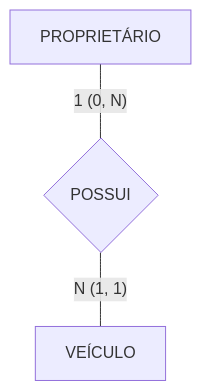
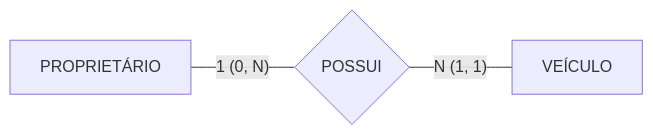
Before and after one commit to leorruas/puc: the seventh of 13 diagrams in 02. Modelagem de Dados/06. Modelagem de relacionamentos, cardinalidade e restrições de participação.md, drawn with Mermaid. The commit also changed other lines of this file and 6 other files, not shown here.

Commit message:
refactor: reformular estrategia visual de diagramas Mermaid e adicionar explorador interativo no app

````diff
--- a/02. Modelagem de Dados/06. Modelagem de relacionamentos, cardinalidade e restrições de participação.md
+++ b/02. Modelagem de Dados/06. Modelagem de relacionamentos, cardinalidade e restrições de participação.md
@@ -131,5 +131,5 @@
 ```mermaid
-flowchart TD
-    P1["PROPRIETÁRIO"] ---|"1 (0, N)"| R2{"POSSUI"}
-    R2 ---|"N (1, 1)"| V1["VEÍCULO"]
+flowchart LR
+    P1["PROPRIETÁRIO"]:::data ---|"1 (0, N)"| R2{"POSSUI"}:::component
+    R2 ---|"N (1, 1)"| V1["VEÍCULO"]:::data
 ```
````
